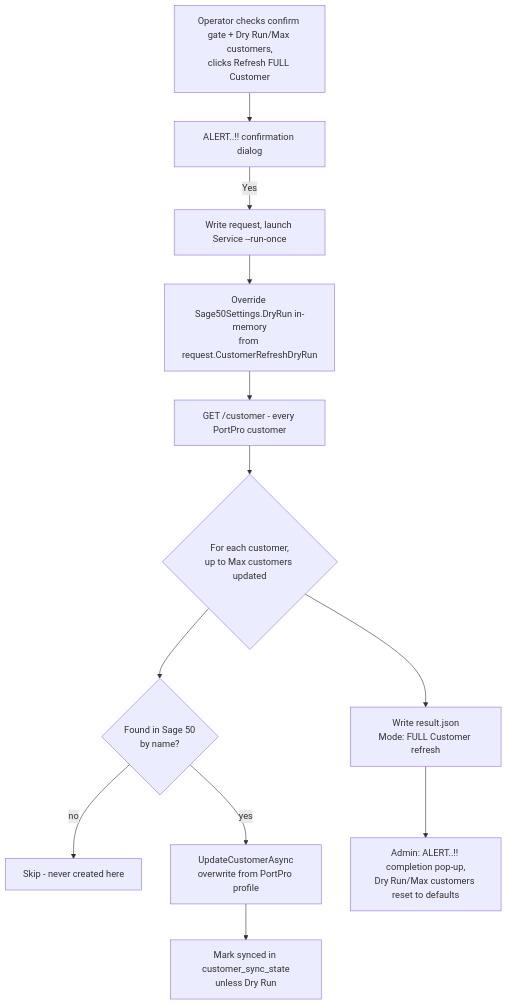
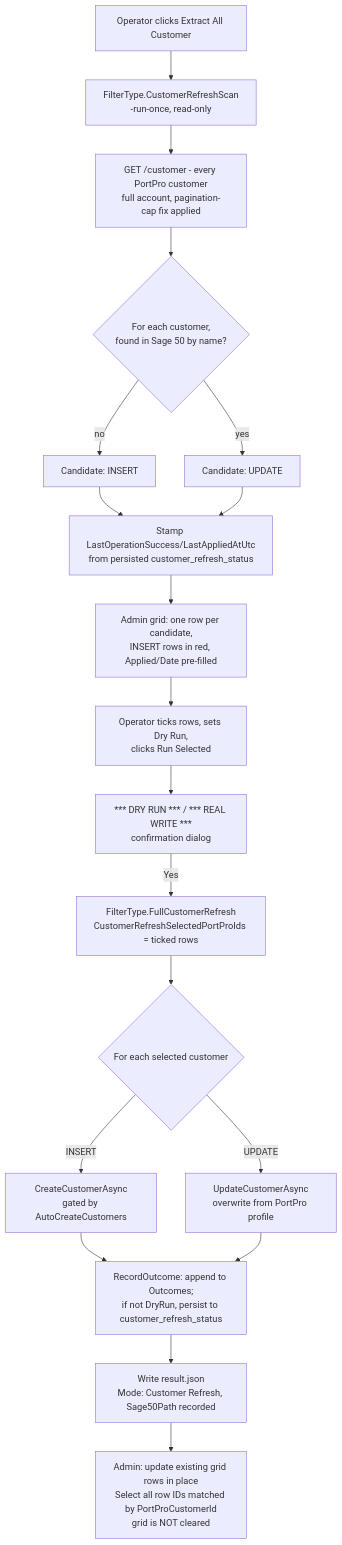
One commit to smallfleet/PortProSageSync changed the fifth of 6 diagrams in TECHNICAL_DESIGN.md. Above: the diagram before and after it, drawn with Mermaid. The commit also changed other lines of this file and 3 other files, not shown here.

First line of the commit message:
Update User Guide and Technical Design doc for Customer Refresh rework and per-path scoping

````diff
--- a/TECHNICAL_DESIGN.md
+++ b/TECHNICAL_DESIGN.md
@@ -402,14 +418,22 @@
 ```mermaid
 flowchart TD
-    A[Operator checks confirm gate + Dry Run/Max customers,<br/>clicks Refresh FULL Customer] --> B[ALERT..!! confirmation dialog]
-    B -- Yes --> C[Write request, launch Service --run-once]
-    C --> D[Override Sage50Settings.DryRun in-memory<br/>from request.CustomerRefreshDryRun]
-    D --> E[GET /customer - every PortPro customer]
-    E --> F{For each customer,<br/>up to Max customers updated}
-    F --> G{Found in Sage 50<br/>by name?}
-    G -- no --> G1[Skip - never created here]
-    G -- yes --> H[UpdateCustomerAsync<br/>overwrite from PortPro profile]
-    H --> I[Mark synced in customer_sync_state<br/>unless Dry Run]
-    F --> J[Write result.json<br/>Mode: FULL Customer refresh]
-    J --> K[Admin: ALERT..!! completion pop-up,<br/>Dry Run/Max customers reset to defaults]
+    A[Operator clicks Extract All Customer] --> A1[FilterType.CustomerRefreshScan<br/>-run-once, read-only]
+    A1 --> A2[GET /customer - every PortPro customer<br/>full account, pagination-cap fix applied]
+    A2 --> A3{For each customer,<br/>found in Sage 50 by name?}
+    A3 -- no --> A4[Candidate: INSERT]
+    A3 -- yes --> A5[Candidate: UPDATE]
+    A4 --> A6[Stamp LastOperationSuccess/LastAppliedAtUtc<br/>from persisted customer_refresh_status]
+    A5 --> A6
+    A6 --> A7[Admin grid: one row per candidate,<br/>INSERT rows in red, Applied/Date pre-filled]
+
+    A7 --> B[Operator ticks rows, sets Dry Run,<br/>clicks Run Selected]
+    B --> C["*** DRY RUN *** / *** REAL WRITE ***"<br/>confirmation dialog]
+    C -- Yes --> D[FilterType.FullCustomerRefresh<br/>CustomerRefreshSelectedPortProIds = ticked rows]
+    D --> E{For each selected customer}
+    E -- INSERT --> E1[CreateCustomerAsync<br/>gated by AutoCreateCustomers]
+    E -- UPDATE --> E2[UpdateCustomerAsync<br/>overwrite from PortPro profile]
+    E1 --> F[RecordOutcome: append to Outcomes;<br/>if not DryRun, persist to customer_refresh_status]
+    E2 --> F
+    F --> G[Write result.json<br/>Mode: Customer Refresh, Sage50Path recorded]
+    G --> H[Admin: update existing grid rows in place<br/>Select all row IDs matched by PortProCustomerId<br/>grid is NOT cleared]
 ```
````
